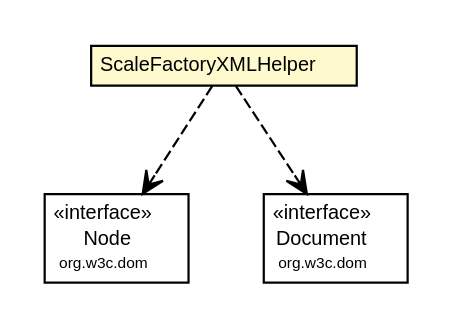
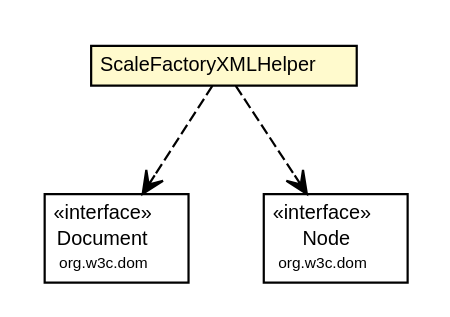
The diagram in apidocs/com/rockhoppertech/music/midi/js/xml/ScaleFactoryXMLHelper.dot (genedelisa/rockymusic), drawn with Graphviz before and after one commit. The commit also changed 702 other files, not shown here.

```diff
--- a/apidocs/com/rockhoppertech/music/midi/js/xml/ScaleFactoryXMLHelper.dot
+++ b/apidocs/com/rockhoppertech/music/midi/js/xml/ScaleFactoryXMLHelper.dot
@@ -1,38 +1,38 @@
 #!/usr/local/bin/dot
 #
 # Class diagram 
 # Generated by UMLGraph version R5_6-24-gf6e263 (http://www.umlgraph.org/)
 #
 
 digraph G {
 	edge [fontname="Helvetica",fontsize=10,labelfontname="Helvetica",labelfontsize=10];
 	node [fontname="Helvetica",fontsize=10,shape=plaintext];
 	nodesep=0.25;
 	ranksep=0.5;
 	// com.rockhoppertech.music.midi.js.xml.ScaleFactoryXMLHelper
 	c5435 [label=<<table title="com.rockhoppertech.music.midi.js.xml.ScaleFactoryXMLHelper" border="0" cellborder="1" cellspacing="0" cellpadding="2" port="p" bgcolor="lemonChiffon" href="./ScaleFactoryXMLHelper.html">
 		<tr><td><table border="0" cellspacing="0" cellpadding="1">
 <tr><td align="center" balign="center"> ScaleFactoryXMLHelper </td></tr>
 		</table></td></tr>
 		</table>>, URL="./ScaleFactoryXMLHelper.html", fontname="Helvetica", fontcolor="black", fontsize=9.0];
+	// com.rockhoppertech.music.midi.js.xml.ScaleFactoryXMLHelper DEPEND org.w3c.dom.Document
+	c5435:p -> c5461:p [taillabel="", label="", headlabel="", fontname="Helvetica", fontcolor="black", fontsize=10.0, color="black", arrowhead=open, style=dashed];
 	// com.rockhoppertech.music.midi.js.xml.ScaleFactoryXMLHelper DEPEND org.w3c.dom.Node
-	c5435:p -> c5461:p [taillabel="", label="", headlabel="", fontname="Helvetica", fontcolor="black", fontsize=10.0, color="black", arrowhead=open, style=dashed];
-	// com.rockhoppertech.music.midi.js.xml.ScaleFactoryXMLHelper DEPEND org.w3c.dom.Document
 	c5435:p -> c5462:p [taillabel="", label="", headlabel="", fontname="Helvetica", fontcolor="black", fontsize=10.0, color="black", arrowhead=open, style=dashed];
 	// org.w3c.dom.Document
-	c5462 [label=<<table title="org.w3c.dom.Document" border="0" cellborder="1" cellspacing="0" cellpadding="2" port="p" href="http://docs.oracle.com/javase/7/docs/api/org/w3c/dom/Document.html">
+	c5461 [label=<<table title="org.w3c.dom.Document" border="0" cellborder="1" cellspacing="0" cellpadding="2" port="p" href="http://docs.oracle.com/javase/7/docs/api/org/w3c/dom/Document.html">
 		<tr><td><table border="0" cellspacing="0" cellpadding="1">
 <tr><td align="center" balign="center"> &#171;interface&#187; </td></tr>
 <tr><td align="center" balign="center"> Document </td></tr>
 <tr><td align="center" balign="center"><font point-size="7.0"> org.w3c.dom </font></td></tr>
 		</table></td></tr>
 		</table>>, URL="http://docs.oracle.com/javase/7/docs/api/org/w3c/dom/Document.html", fontname="Helvetica", fontcolor="black", fontsize=9.0];
 	// org.w3c.dom.Node
-	c5461 [label=<<table title="org.w3c.dom.Node" border="0" cellborder="1" cellspacing="0" cellpadding="2" port="p" href="http://docs.oracle.com/javase/7/docs/api/org/w3c/dom/Node.html">
+	c5462 [label=<<table title="org.w3c.dom.Node" border="0" cellborder="1" cellspacing="0" cellpadding="2" port="p" href="http://docs.oracle.com/javase/7/docs/api/org/w3c/dom/Node.html">
 		<tr><td><table border="0" cellspacing="0" cellpadding="1">
 <tr><td align="center" balign="center"> &#171;interface&#187; </td></tr>
 <tr><td align="center" balign="center"> Node </td></tr>
 <tr><td align="center" balign="center"><font point-size="7.0"> org.w3c.dom </font></td></tr>
 		</table></td></tr>
 		</table>>, URL="http://docs.oracle.com/javase/7/docs/api/org/w3c/dom/Node.html", fontname="Helvetica", fontcolor="black", fontsize=9.0];
 }
```
